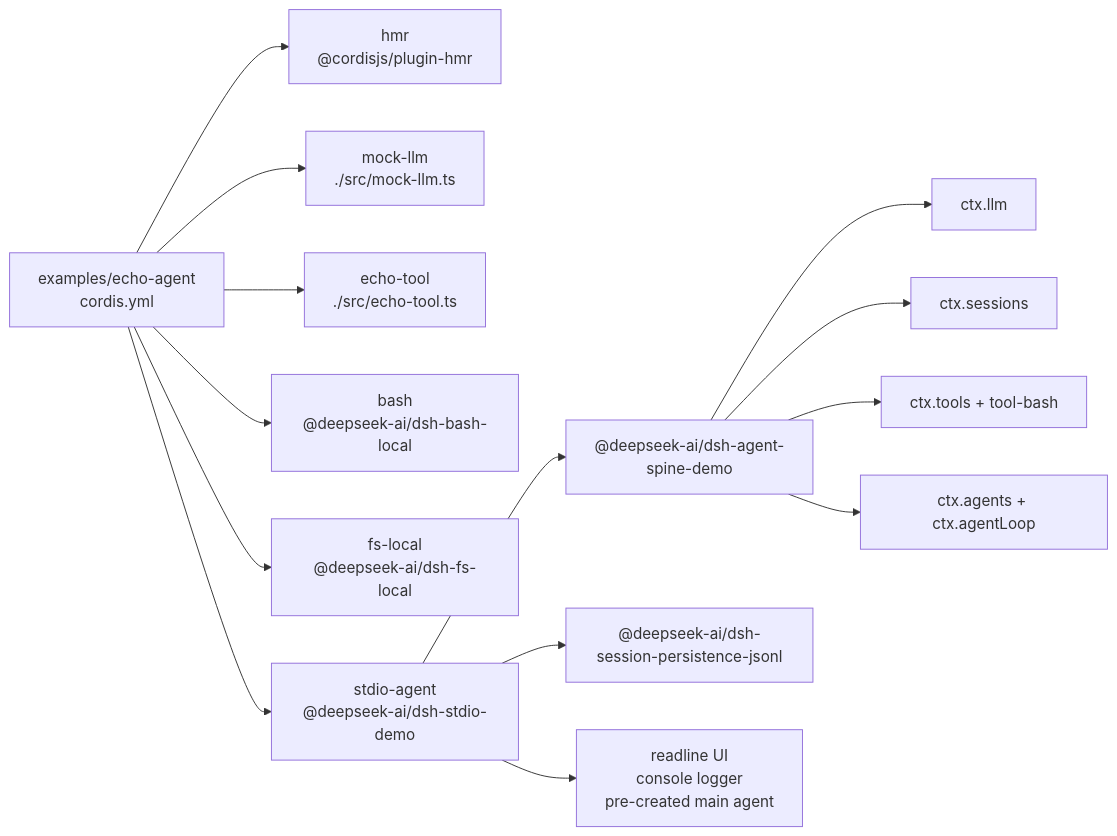
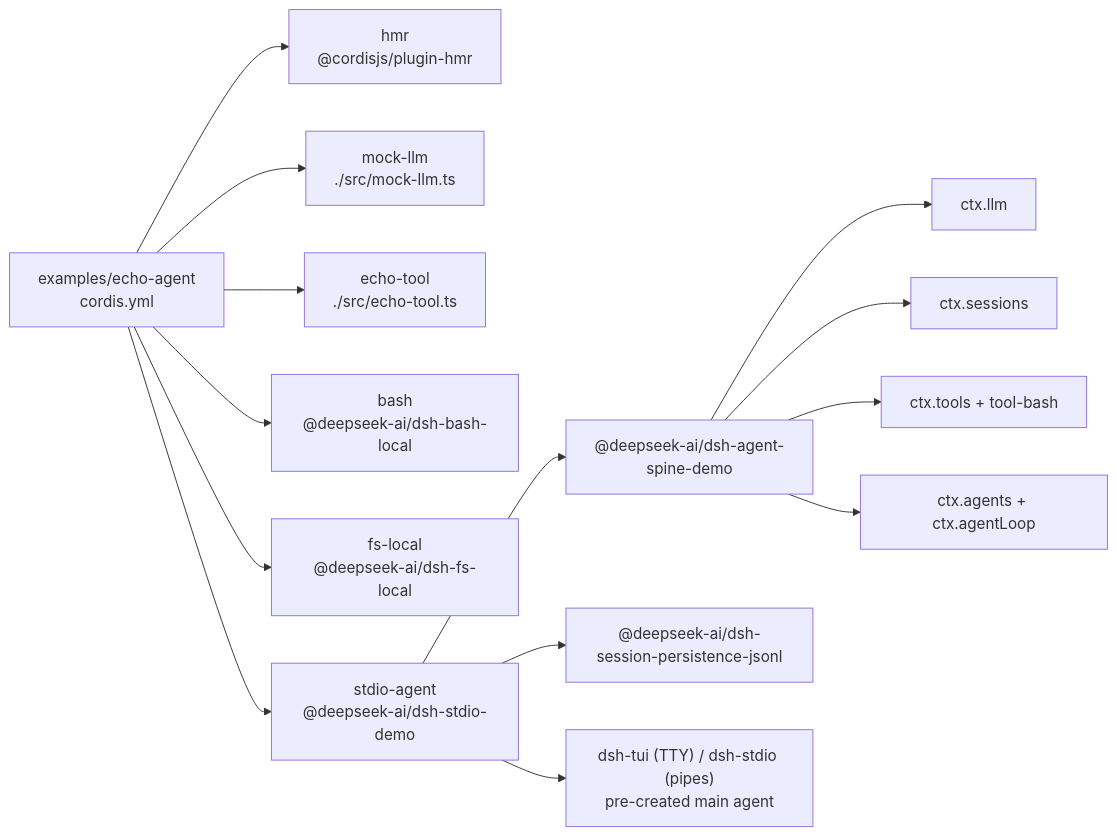
Before and after one commit to eru123/coco-harness: the diagram in examples/echo-agent/composition.md, drawn with Mermaid. The commit also changed 106 other files, not shown here.

````diff
--- a/examples/echo-agent/composition.md
+++ b/examples/echo-agent/composition.md
@@ -8,23 +8,23 @@
 ```mermaid
 flowchart LR
   cfg["examples/echo-agent<br/>cordis.yml"]
   plugin_echo_hmr["hmr<br/>@cordisjs/plugin-hmr"]
   cfg --> plugin_echo_hmr
   plugin_echo_mock_llm["mock-llm<br/>./src/mock-llm.ts"]
   cfg --> plugin_echo_mock_llm
   plugin_echo_echo_tool["echo-tool<br/>./src/echo-tool.ts"]
   cfg --> plugin_echo_echo_tool
   plugin_echo_bash["bash<br/>@deepseek-ai/dsh-bash-local"]
   cfg --> plugin_echo_bash
   plugin_echo_fs_local["fs-local<br/>@deepseek-ai/dsh-fs-local"]
   cfg --> plugin_echo_fs_local
   plugin_echo_stdio_agent["stdio-agent<br/>@deepseek-ai/dsh-stdio-demo"]
   cfg --> plugin_echo_stdio_agent
   plugin_echo_stdio_agent --> bundle_agent_core["@deepseek-ai/dsh-agent-spine-demo"]
   plugin_echo_stdio_agent --> bundle_jsonl["@deepseek-ai/dsh-session-persistence-jsonl"]
-  plugin_echo_stdio_agent --> frontdoor_stdio["readline UI<br/>console logger<br/>pre-created main agent"]
+  plugin_echo_stdio_agent --> frontdoor_stdio["dsh-tui (TTY) / dsh-stdio (pipes)<br/>pre-created main agent"]
   bundle_agent_core --> spine_llm["ctx.llm"]
   bundle_agent_core --> spine_sessions["ctx.sessions"]
   bundle_agent_core --> spine_tools["ctx.tools + tool-bash"]
   bundle_agent_core --> spine_loop["ctx.agents + ctx.agentLoop"]
 ```
````
